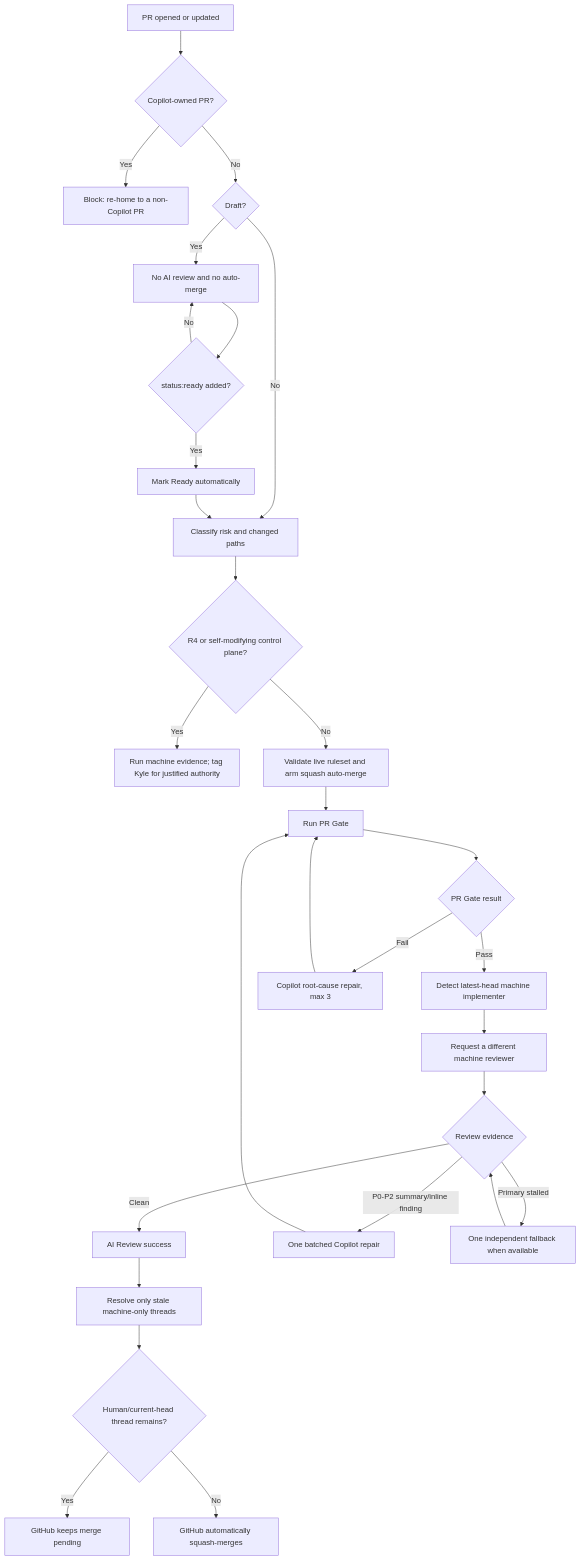
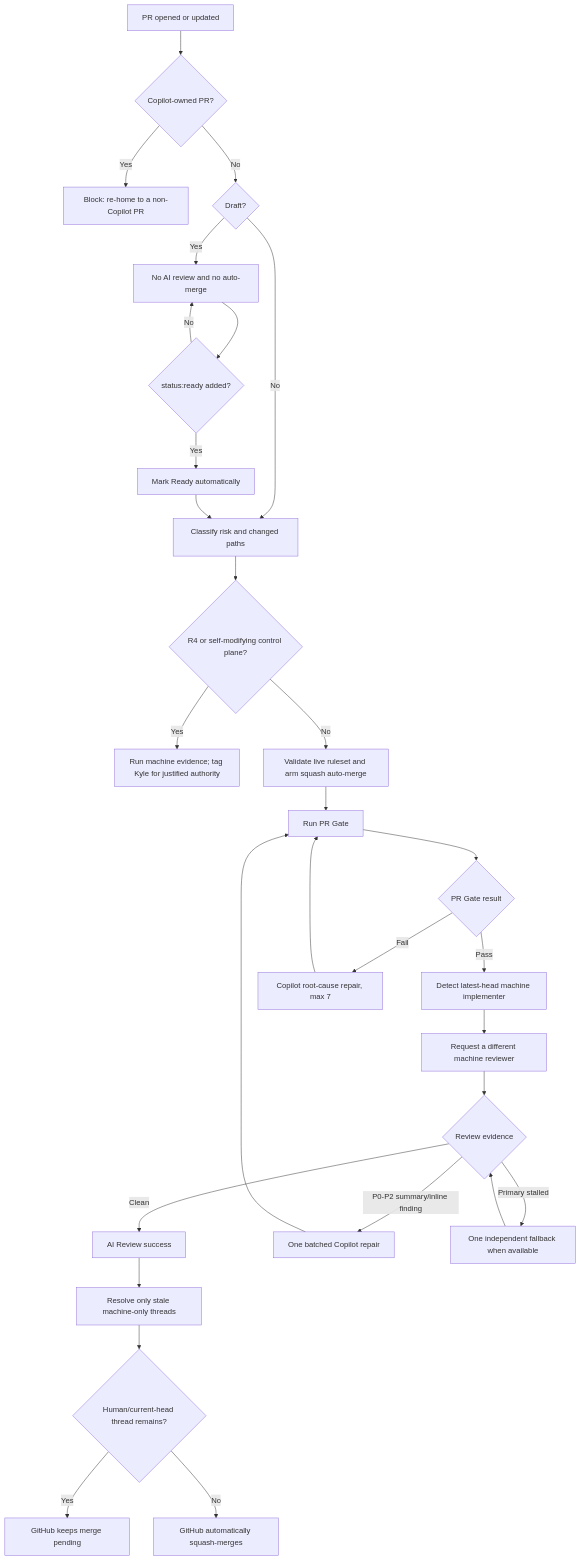
One commit to kgsmith19/agent-engineering-standard changed the diagram in DELIVERY_GITHUB.md. Above: the diagram before and after it, drawn with Mermaid. The commit also changed other lines of this file, not shown here.

````diff
--- a/DELIVERY_GITHUB.md
+++ b/DELIVERY_GITHUB.md
@@ -65,31 +68,31 @@
 ```mermaid
 flowchart TD
     A[PR opened or updated] --> B{Copilot-owned PR?}
     B -- Yes --> C[Block: re-home to a non-Copilot PR]
     B -- No --> D{Draft?}
     D -- Yes --> E[No AI review and no auto-merge]
     E --> F{status:ready added?}
     F -- No --> E
     F -- Yes --> G[Mark Ready automatically]
     D -- No --> H[Classify risk and changed paths]
     G --> H
     H --> I{R4 or self-modifying control plane?}
     I -- Yes --> J[Run machine evidence; tag Kyle for justified authority]
     I -- No --> K[Validate live ruleset and arm squash auto-merge]
     K --> L[Run PR Gate]
     L --> M{PR Gate result}
     M -- Pass --> N[Detect latest-head machine implementer]
-    M -- Fail --> O[Copilot root-cause repair, max 3]
+    M -- Fail --> O[Copilot root-cause repair, max 7]
     O --> L
     N --> P[Request a different machine reviewer]
     P --> Q{Review evidence}
     Q -- Clean --> R[AI Review success]
     Q -- P0-P2 summary/inline finding --> S[One batched Copilot repair]
     S --> L
     Q -- Primary stalled --> T[One independent fallback when available]
     T --> Q
     R --> U[Resolve only stale machine-only threads]
     U --> V{Human/current-head thread remains?}
     V -- Yes --> W[GitHub keeps merge pending]
     V -- No --> X[GitHub automatically squash-merges]
 ```
````
